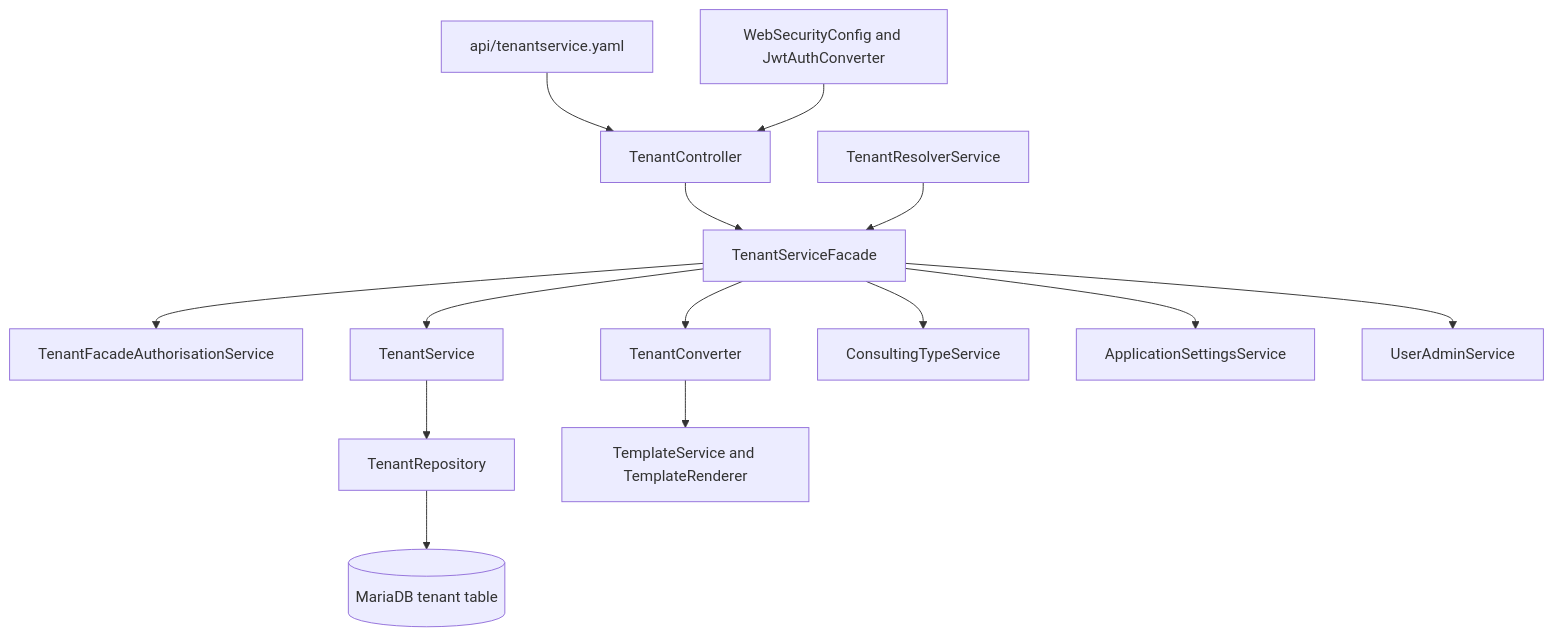
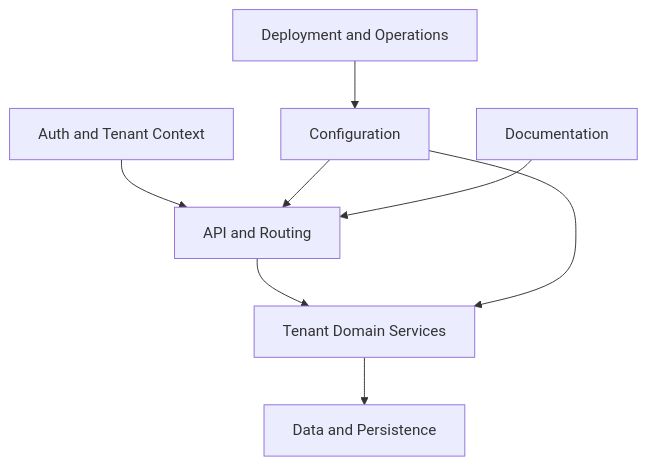
One commit to OpenResilienceInitiative/ORISO-TenantService changed the diagram in .understand-anything/visuals/architecture-flow.mmd. Above: the diagram before and after it, drawn with Mermaid. The commit also changed 16 other files, not shown here.

First line of the commit message:
docs(graph): update Understand-Anything graph

```diff
--- a/.understand-anything/visuals/architecture-flow.mmd
+++ b/.understand-anything/visuals/architecture-flow.mmd
@@ -1,14 +1,8 @@
 flowchart TD
-  Contract[api/tenantservice.yaml] --> Controller[TenantController]
-  Controller --> Facade[TenantServiceFacade]
-  Facade --> Authz[TenantFacadeAuthorisationService]
-  Facade --> TenantService[TenantService]
-  TenantService --> Repo[TenantRepository]
-  Repo --> DB[(MariaDB tenant table)]
-  Facade --> Converter[TenantConverter]
-  Converter --> Templates[TemplateService and TemplateRenderer]
-  Facade --> Consulting[ConsultingTypeService]
-  Facade --> AppSettings[ApplicationSettingsService]
-  Facade --> UserAdmin[UserAdminService]
-  Security[WebSecurityConfig and JwtAuthConverter] --> Controller
-  Resolver[TenantResolverService] --> Facade
+  API[API and Routing] --> Domain[Tenant Domain Services]
+  Auth[Auth and Tenant Context] --> API
+  Domain --> Data[Data and Persistence]
+  Config[Configuration] --> API
+  Config --> Domain
+  Deploy[Deployment and Operations] --> Config
+  Docs[Documentation] --> API
```
